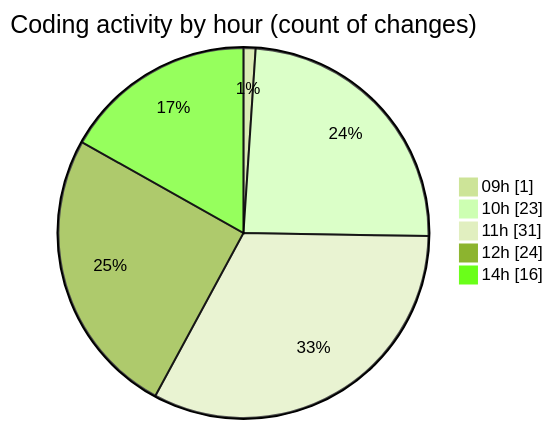
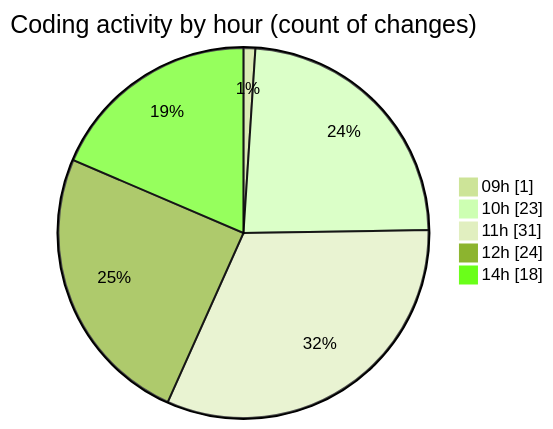
Before and after one commit to momahboobian/code-tracking: the second of 2 diagrams in 2026-10-20/cda/README.md, drawn with Mermaid (forest theme). The commit also changed other lines of this file and 1 other file, not shown here.

````diff
--- a/2026-10-20/cda/README.md
+++ b/2026-10-20/cda/README.md
@@ -44,9 +44,9 @@
 ```mermaid
 pie showData
 title Coding activity by hour (count of changes)
 "09h" : 1
 "10h" : 23
 "11h" : 31
 "12h" : 24
-"14h" : 16
+"14h" : 18
 ```
````
